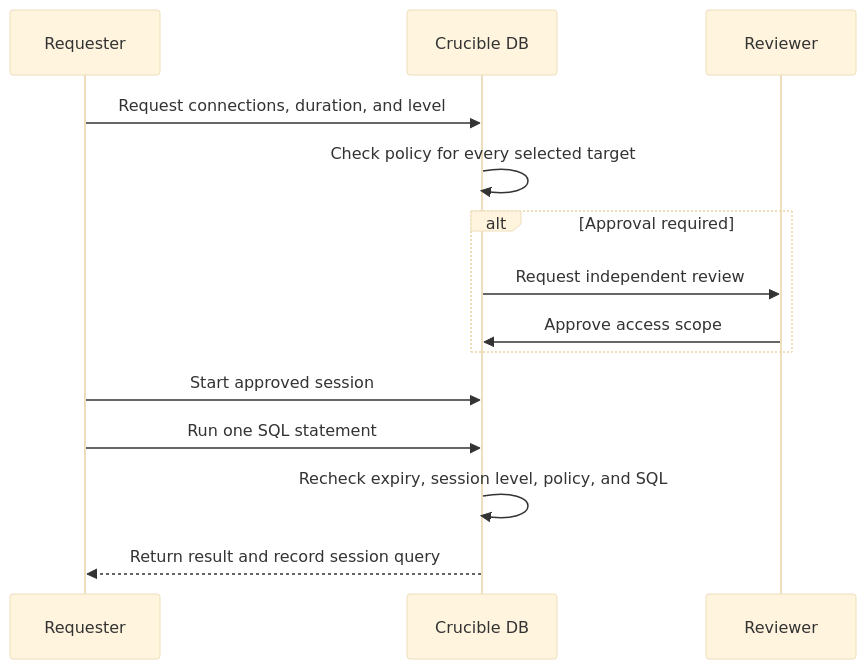
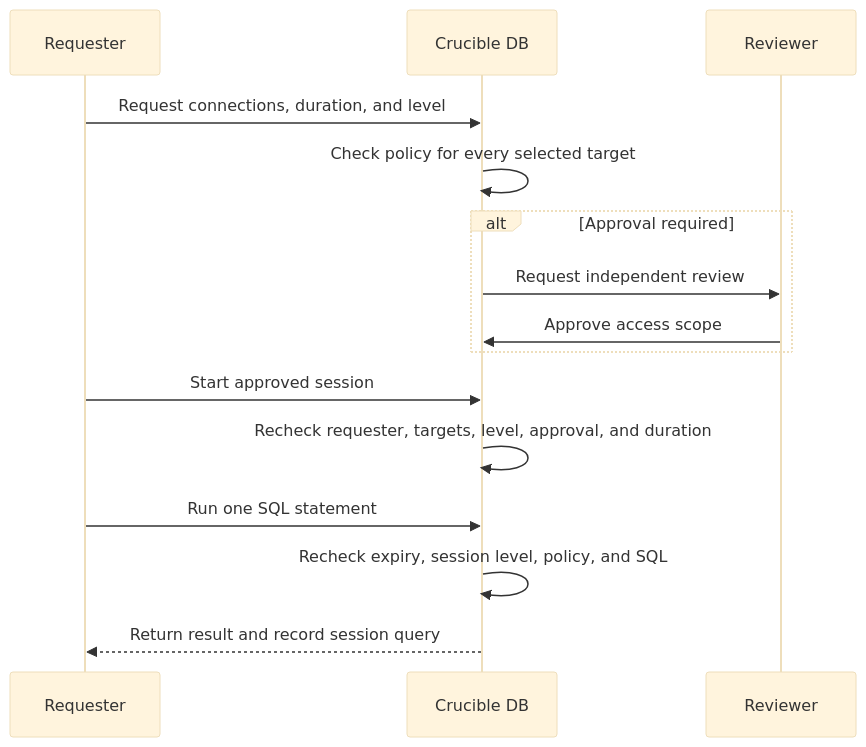
One commit to adiwidia-dev/crucible-db changed the second of 2 diagrams in docs/concepts/governance-flow.md. Above: the diagram before and after it, drawn with Mermaid (base theme). The commit also changed other lines of this file and 30 other files, not shown here.

````diff
--- a/docs/concepts/governance-flow.md
+++ b/docs/concepts/governance-flow.md
@@ -33,17 +34,18 @@
 ```mermaid
 sequenceDiagram
     participant R as Requester
     participant C as Crucible DB
     participant V as Reviewer
 
     R->>C: Request connections, duration, and level
     C->>C: Check policy for every selected target
     alt Approval required
         C->>V: Request independent review
         V->>C: Approve access scope
     end
     R->>C: Start approved session
+    C->>C: Recheck requester, targets, level, approval, and duration
     R->>C: Run one SQL statement
     C->>C: Recheck expiry, session level, policy, and SQL
     C-->>R: Return result and record session query
 ```
````
